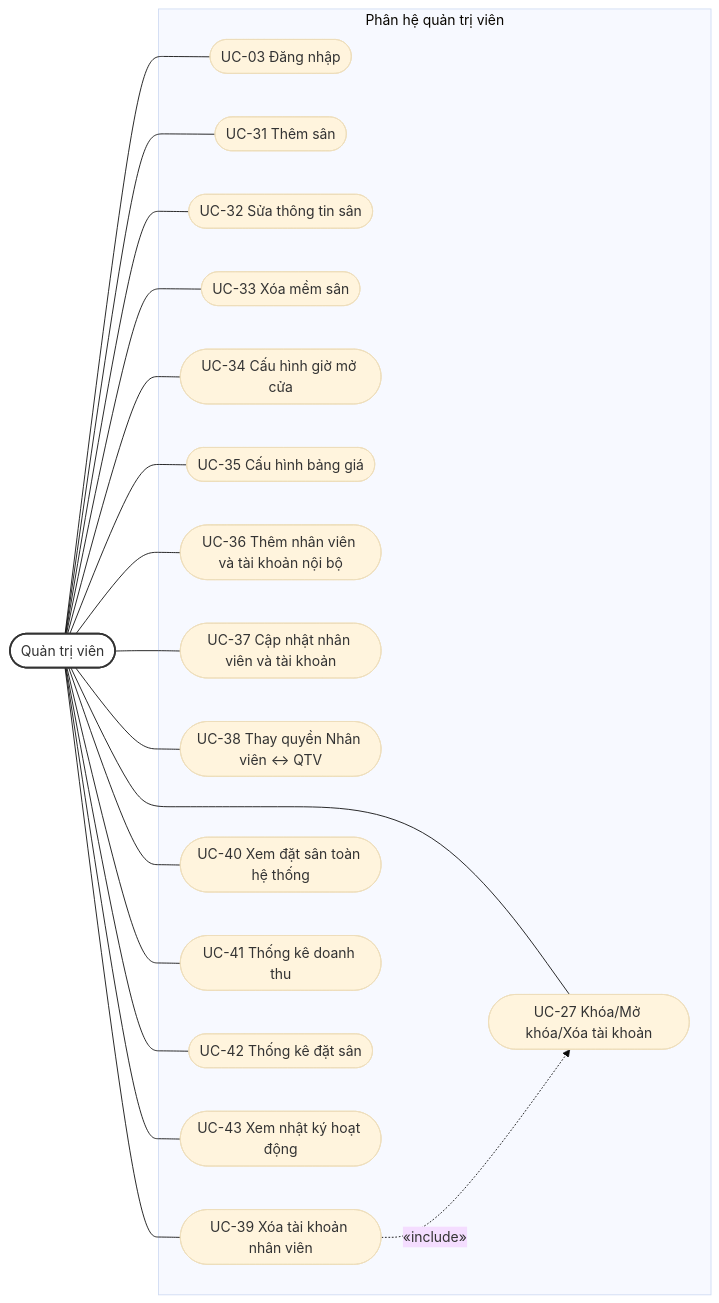
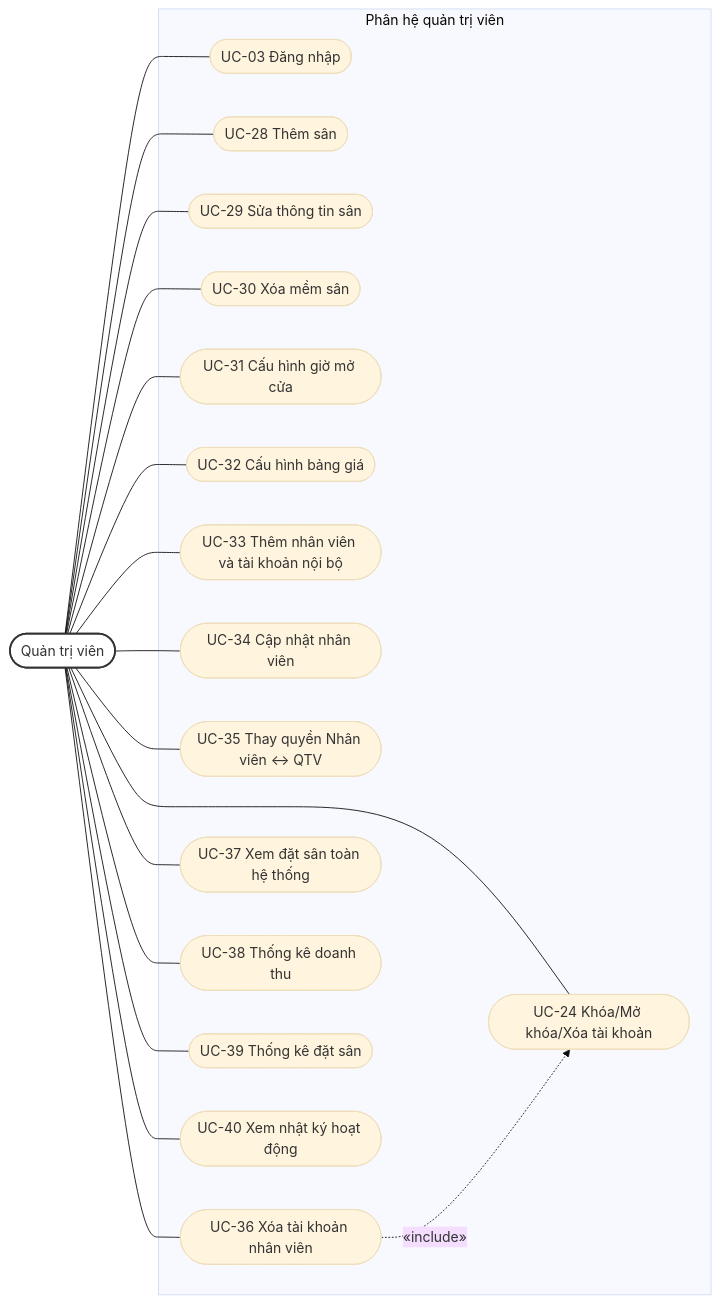
The third of 3 diagrams in docs/product/UseCase.md (BOI0808/ShuttleVNBackend), drawn with Mermaid (base theme) before and after one commit. The commit also changed other lines of this file and 2 other files, not shown here.

````diff
--- a/docs/product/UseCase.md
+++ b/docs/product/UseCase.md
@@ -120,28 +116,28 @@
 ```mermaid
 flowchart LR
     QTV(["Quản trị viên"]):::actor
 
     subgraph SYS3["Phân hệ quản trị viên"]
         UC03(["UC-03 Đăng nhập"])
-        UC27(["UC-27 Khóa/Mở khóa/Xóa tài khoản"])
-        UC31(["UC-31 Thêm sân"])
-        UC32(["UC-32 Sửa thông tin sân"])
-        UC33(["UC-33 Xóa mềm sân"])
-        UC34(["UC-34 Cấu hình giờ mở cửa"])
-        UC35(["UC-35 Cấu hình bảng giá"])
-        UC36(["UC-36 Thêm nhân viên và tài khoản nội bộ"])
-        UC37(["UC-37 Cập nhật nhân viên và tài khoản"])
-        UC38(["UC-38 Thay quyền Nhân viên ↔ QTV"])
-        UC39(["UC-39 Xóa tài khoản nhân viên"])
-        UC40(["UC-40 Xem đặt sân toàn hệ thống"])
-        UC41(["UC-41 Thống kê doanh thu"])
-        UC42(["UC-42 Thống kê đặt sân"])
-        UC43(["UC-43 Xem nhật ký hoạt động"])
+        UC24(["UC-24 Khóa/Mở khóa/Xóa tài khoản"])
+        UC28(["UC-28 Thêm sân"])
+        UC29(["UC-29 Sửa thông tin sân"])
+        UC30(["UC-30 Xóa mềm sân"])
+        UC31(["UC-31 Cấu hình giờ mở cửa"])
+        UC32(["UC-32 Cấu hình bảng giá"])
+        UC33(["UC-33 Thêm nhân viên và tài khoản nội bộ"])
+        UC34(["UC-34 Cập nhật nhân viên"])
+        UC35(["UC-35 Thay quyền Nhân viên ↔ QTV"])
+        UC36(["UC-36 Xóa tài khoản nhân viên"])
+        UC37(["UC-37 Xem đặt sân toàn hệ thống"])
+        UC38(["UC-38 Thống kê doanh thu"])
+        UC39(["UC-39 Thống kê đặt sân"])
+        UC40(["UC-40 Xem nhật ký hoạt động"])
     end
 
-    QTV --- UC03 & UC27 & UC31 & UC32 & UC33 & UC34 & UC35 & UC36 & UC37 & UC38 & UC39 & UC40 & UC41 & UC42 & UC43
+    QTV --- UC03 & UC24 & UC28 & UC29 & UC30 & UC31 & UC32 & UC33 & UC34 & UC35 & UC36 & UC37 & UC38 & UC39 & UC40
 
-    UC39 -.->|"«include»"| UC27
+    UC36 -.->|"«include»"| UC24
 
     classDef actor fill:#ffffff,stroke:#333333,stroke-width:2px
 ```
````
